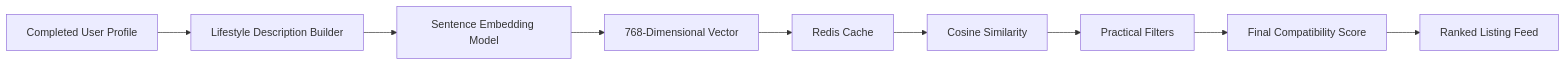
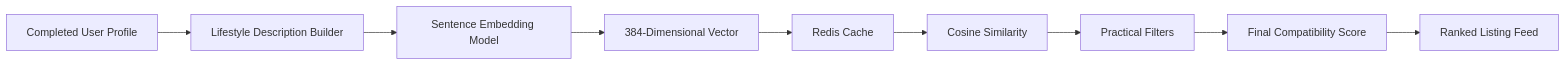
The second of 8 diagrams in README.md (AKG2506/FlatMateMatch-Docs), drawn with Mermaid before and after one commit. The commit also changed other lines of this file, not shown here.

````diff
--- a/README.md
+++ b/README.md
@@ -307,12 +307,12 @@
 ```mermaid
 flowchart LR
 
 A[Completed User Profile] --> B[Lifestyle Description Builder]
 B --> C[Sentence Embedding Model]
-C --> D[768-Dimensional Vector]
+C --> D[384-Dimensional Vector]
 D --> E[Redis Cache]
 E --> F[Cosine Similarity]
 F --> G[Practical Filters]
 G --> H[Final Compatibility Score]
 H --> I[Ranked Listing Feed]
 ```
````
